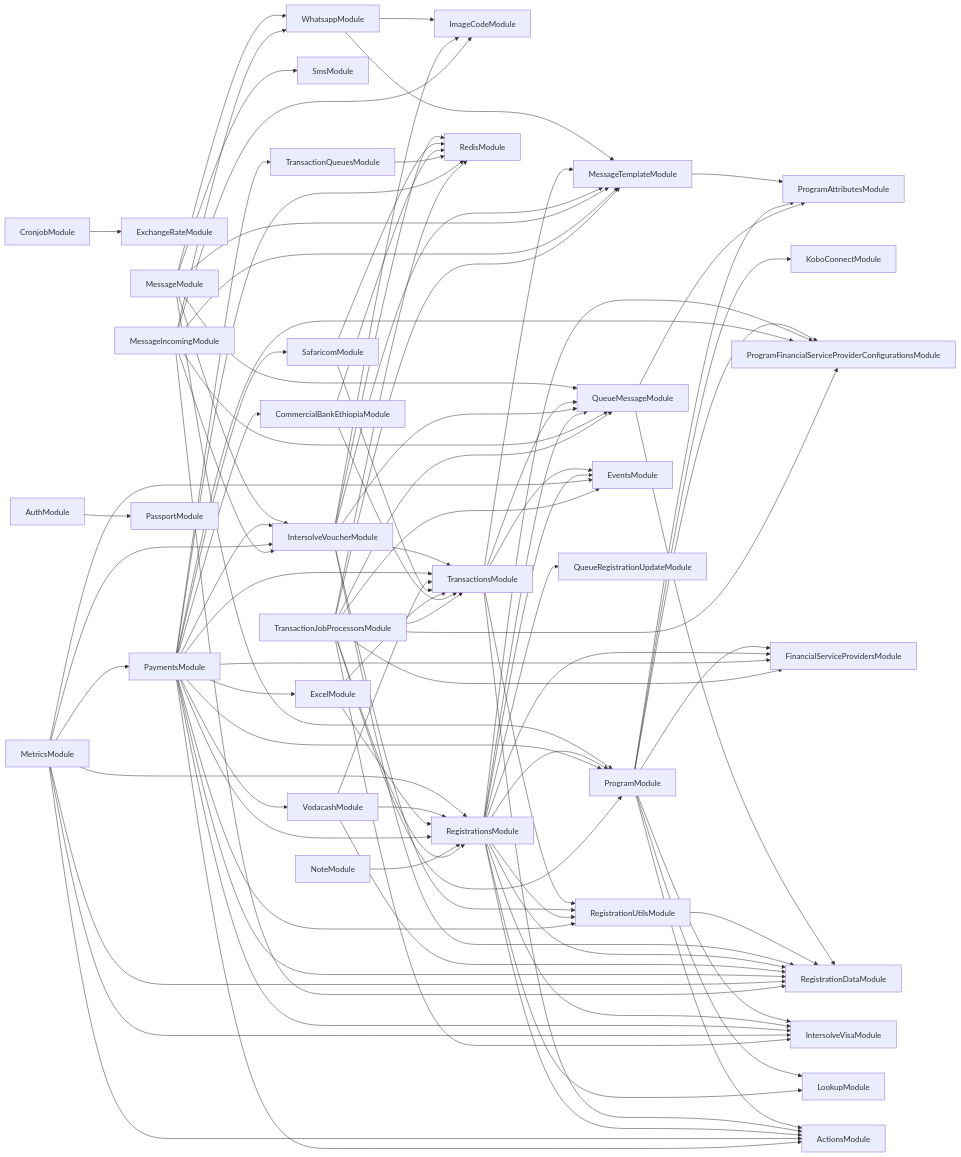
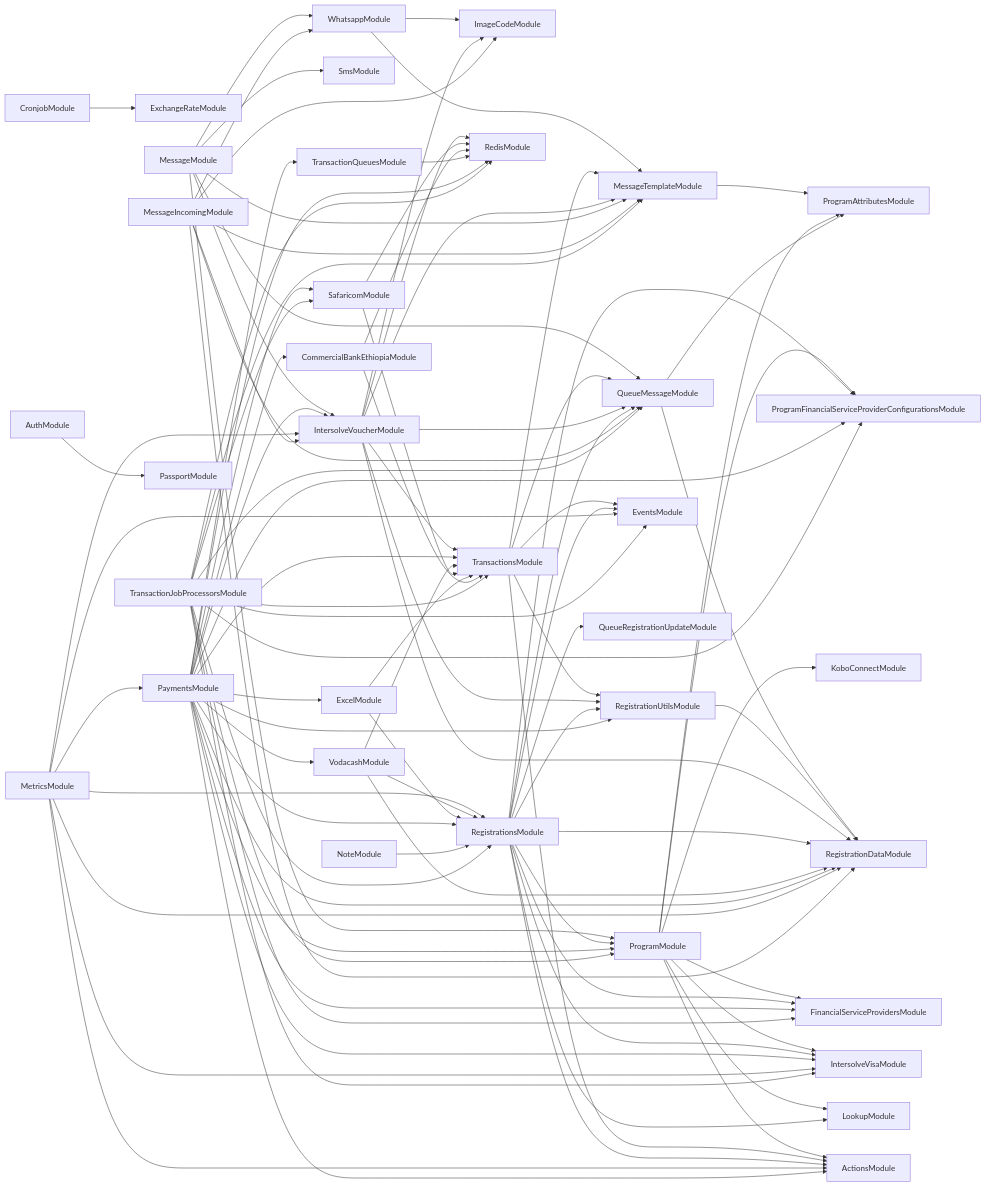
One commit to global-121/121-platform changed the diagram in services/121-service/module-dependencies.md. Above: the diagram before and after it, drawn with Mermaid. The commit also changed 5 other files, not shown here.

```diff
--- a/services/121-service/module-dependencies.md
+++ b/services/121-service/module-dependencies.md
@@ -88,6 +88,7 @@
   AuthModule-->PassportModule
   TransactionJobProcessorsModule-->RedisModule
   TransactionJobProcessorsModule-->IntersolveVisaModule
+  TransactionJobProcessorsModule-->SafaricomModule
   TransactionJobProcessorsModule-->ProgramFinancialServiceProviderConfigurationsModule
   TransactionJobProcessorsModule-->RegistrationsModule
   TransactionJobProcessorsModule-->ProgramModule
```
